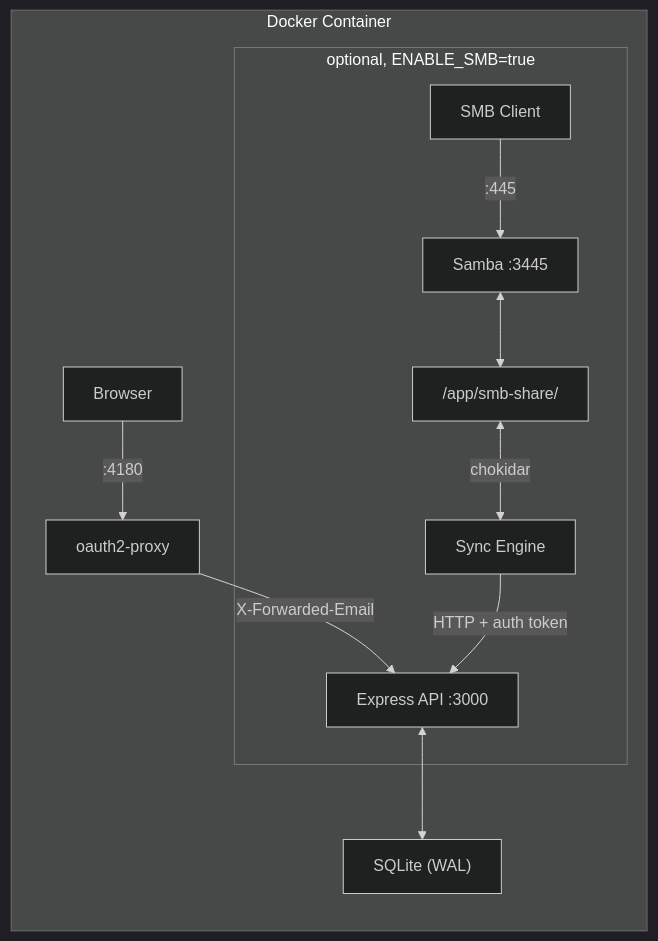
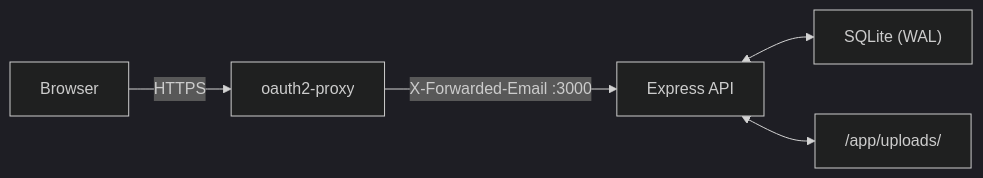
Before and after one commit to fergus/job-tracker: the diagram in README.md, drawn with Mermaid (dark theme). The commit also changed other lines of this file and 2 other files, not shown here.

First line of the commit message:
docs: update for v0.9.x — SMB removal, API keys, current component names

````diff
--- a/README.md
+++ b/README.md
@@ -171,15 +119,7 @@
 ```mermaid
 graph LR
-  subgraph Docker Container
-    Browser["Browser"] -->|":4180"| Proxy["oauth2-proxy"]
-    Proxy -->|"X-Forwarded-Email"| API["Express API :3000"]
-    API <--> DB["SQLite (WAL)"]
-
-    subgraph SMB ["optional, ENABLE_SMB=true"]
-      SMBClient["SMB Client"] -->|":445"| Samba["Samba :3445"]
-      Samba <--> Share["/app/smb-share/"]
-      Share <-->|"chokidar"| Sync["Sync Engine"]
-      Sync -->|"HTTP + auth token"| API
-    end
-  end
+  Browser -->|HTTPS| Proxy["oauth2-proxy"]
+  Proxy -->|"X-Forwarded-Email :3000"| API["Express API"]
+  API <--> DB["SQLite (WAL)"]
+  API <--> FS["/app/uploads/"]
 ```
````
